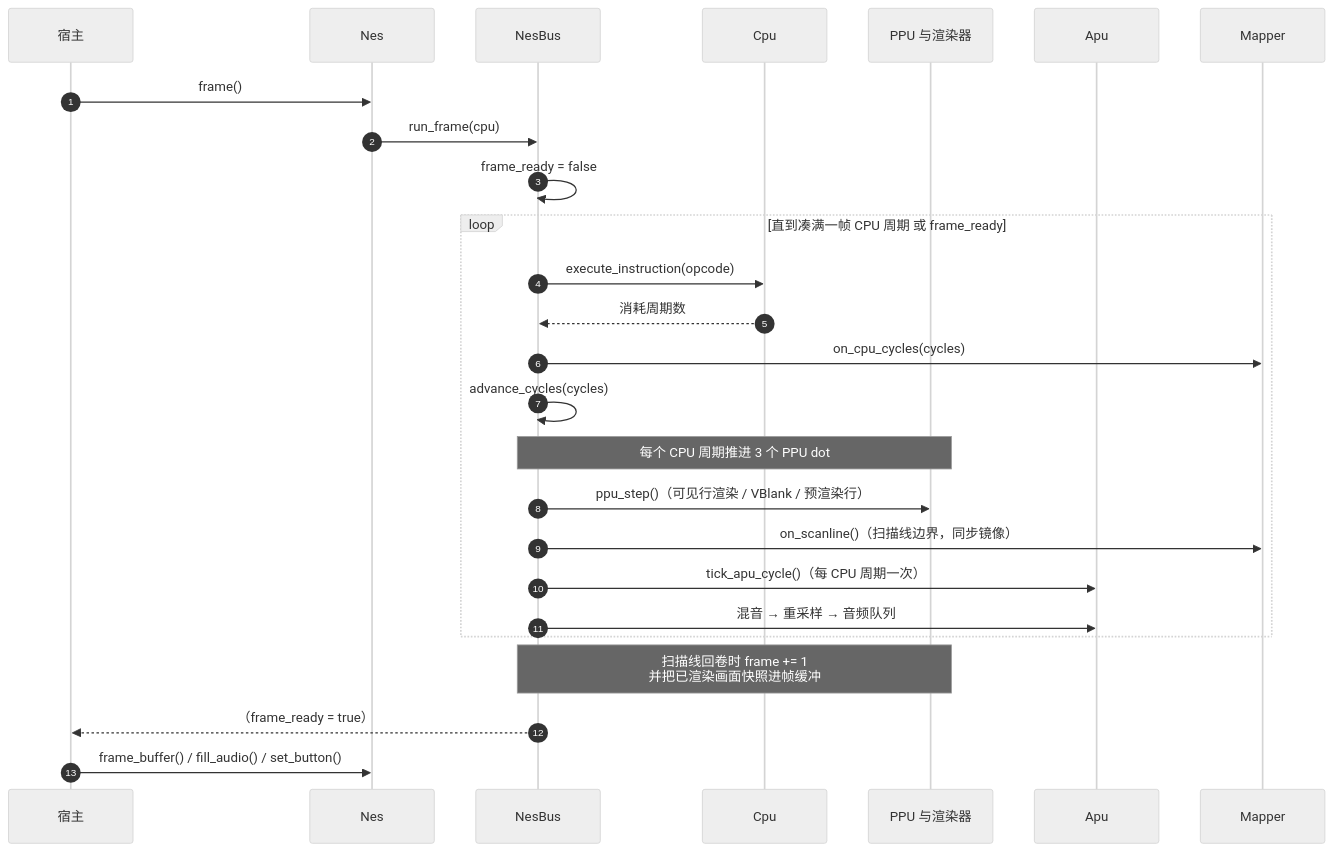
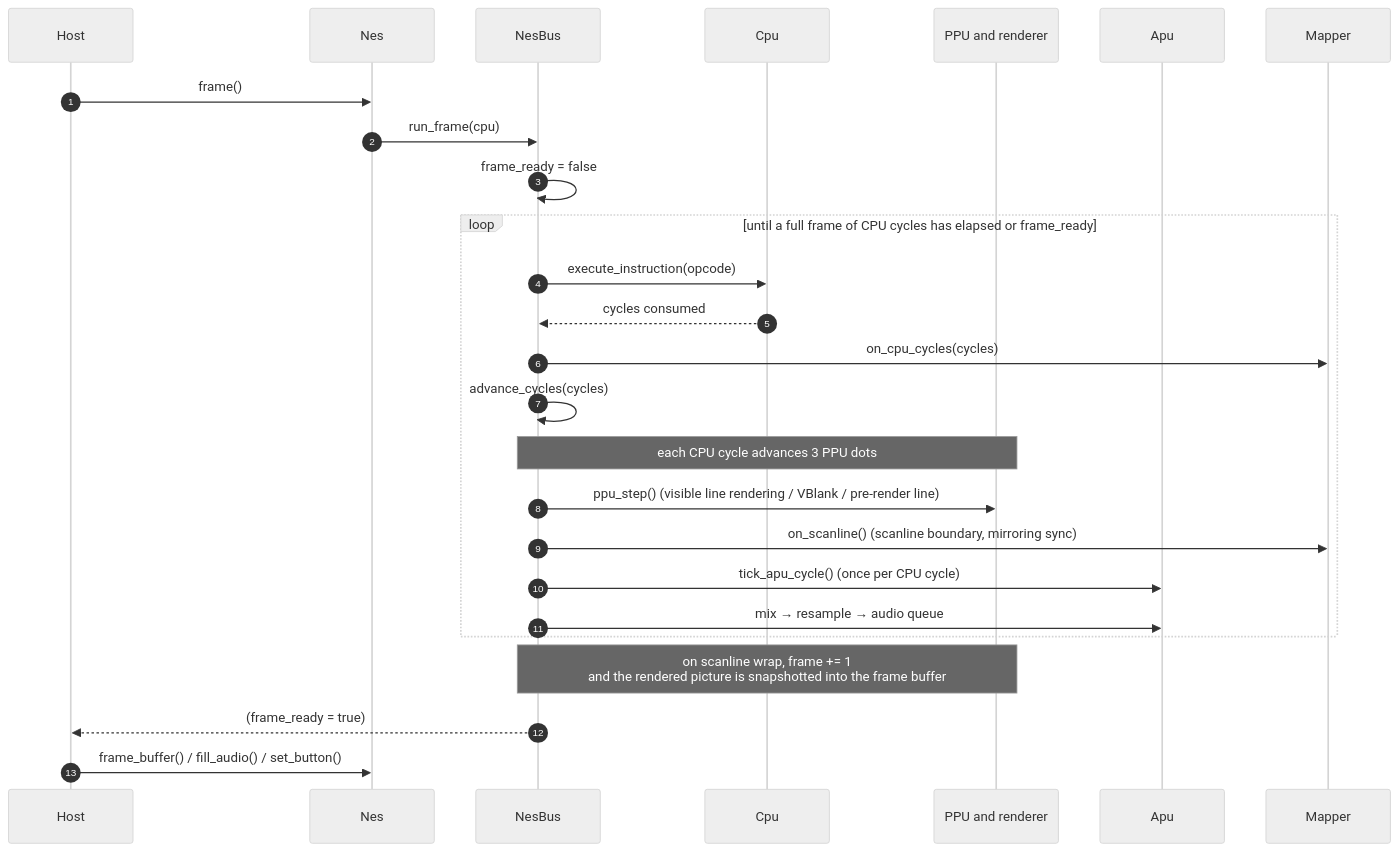
Before and after one commit to YufJi/nes-emulator: the third of 13 diagrams in docs/architecture.md, drawn with Mermaid (neutral theme). The commit also changed other lines of this file and 8 other files, not shown here.

````diff
--- a/docs/architecture.md
+++ b/docs/architecture.md
@@ -124,29 +131,29 @@
 ```mermaid
 sequenceDiagram
     autonumber
-    participant Host as 宿主
+    participant Host as Host
     participant Nes as Nes
     participant Bus as NesBus
     participant CPU as Cpu
-    participant PPU as PPU 与渲染器
+    participant PPU as PPU and renderer
     participant APU as Apu
     participant Map as Mapper
 
     Host->>Nes: frame()
     Nes->>Bus: run_frame(cpu)
     Bus->>Bus: frame_ready = false
-    loop 直到凑满一帧 CPU 周期 或 frame_ready
+    loop until a full frame of CPU cycles has elapsed or frame_ready
         Bus->>CPU: execute_instruction(opcode)
-        CPU-->>Bus: 消耗周期数
+        CPU-->>Bus: cycles consumed
         Bus->>Map: on_cpu_cycles(cycles)
         Bus->>Bus: advance_cycles(cycles)
-        Note over Bus,PPU: 每个 CPU 周期推进 3 个 PPU dot
-        Bus->>PPU: ppu_step()（可见行渲染 / VBlank / 预渲染行）
-        Bus->>Map: on_scanline()（扫描线边界，同步镜像）
-        Bus->>APU: tick_apu_cycle()（每 CPU 周期一次）
-        Bus->>APU: 混音 → 重采样 → 音频队列
+        Note over Bus,PPU: each CPU cycle advances 3 PPU dots
+        Bus->>PPU: ppu_step() (visible line rendering / VBlank / pre-render line)
+        Bus->>Map: on_scanline() (scanline boundary, mirroring sync)
+        Bus->>APU: tick_apu_cycle() (once per CPU cycle)
+        Bus->>APU: mix → resample → audio queue
     end
-    Note over Bus,PPU: 扫描线回卷时 frame += 1<br/>并把已渲染画面快照进帧缓冲
-    Bus-->>Host: （frame_ready = true）
+    Note over Bus,PPU: on scanline wrap, frame += 1<br/>and the rendered picture is snapshotted into the frame buffer
+    Bus-->>Host: (frame_ready = true)
     Host->>Nes: frame_buffer() / fill_audio() / set_button()
 ```
````
